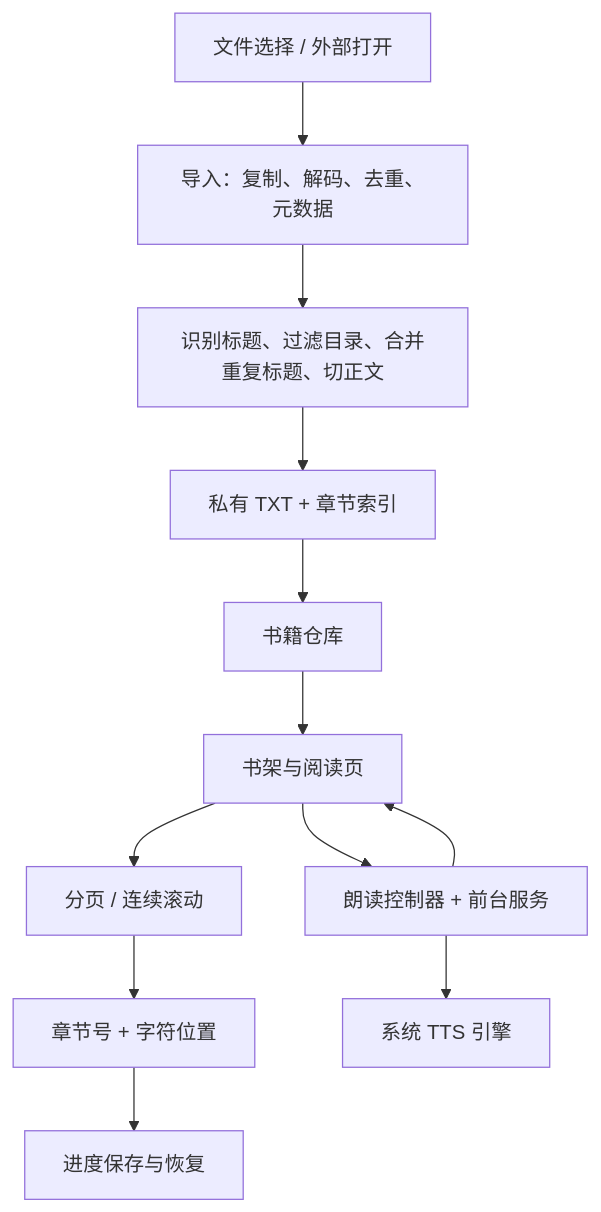
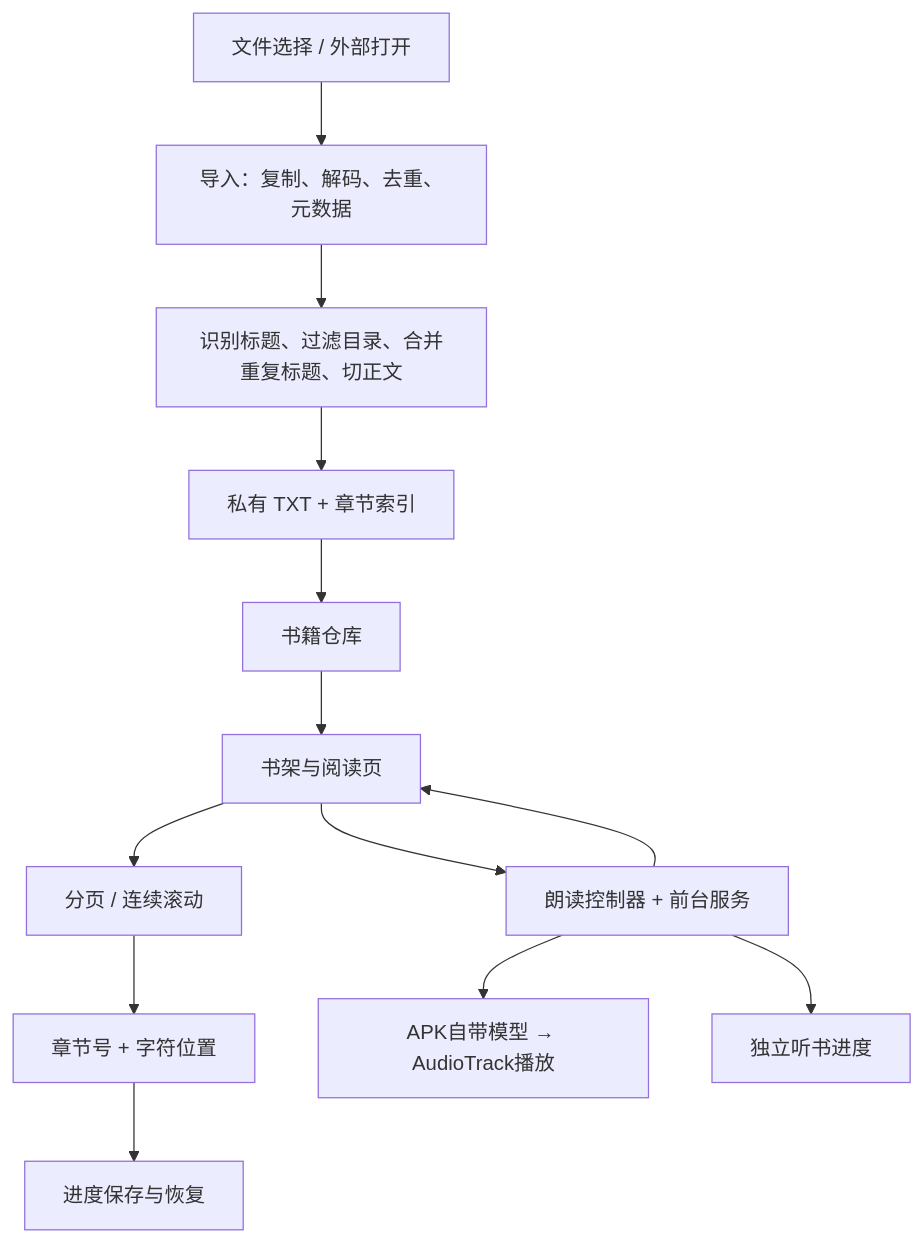
Before and after one commit to longerlsx/story_app: the diagram in docs/current-state.md, drawn with Mermaid. The commit also changed other lines of this file and 16 other files, not shown here.

````diff
--- a/docs/current-state.md
+++ b/docs/current-state.md
@@ -51,14 +53,15 @@
 ```mermaid
 flowchart TD
     A[文件选择 / 外部打开] --> B[导入：复制、解码、去重、元数据]
     B --> C[识别标题、过滤目录、合并重复标题、切正文]
     C --> D[私有 TXT + 章节索引]
     D --> E[书籍仓库]
     E --> F[书架与阅读页]
     F --> G[分页 / 连续滚动]
     G --> H[章节号 + 字符位置]
     H --> I[进度保存与恢复]
     F --> J[朗读控制器 + 前台服务]
-    J --> K[系统 TTS 引擎]
+    J --> K[APK自带模型 → AudioTrack播放]
+    J --> L[独立听书进度]
     J --> F
 ```
````
